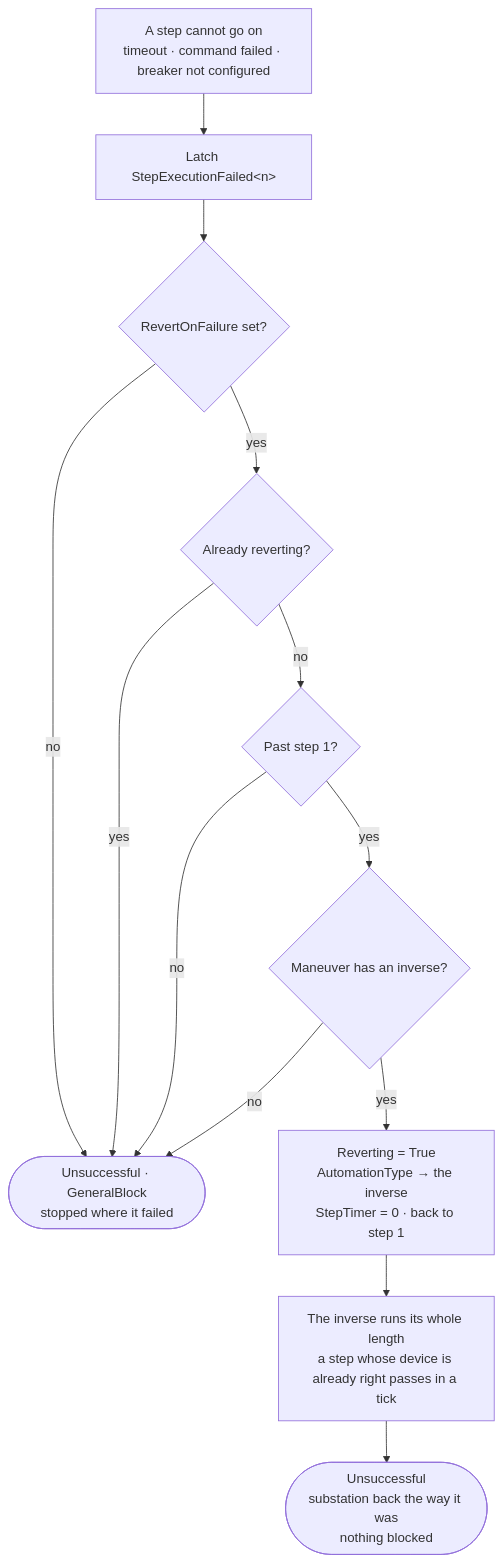
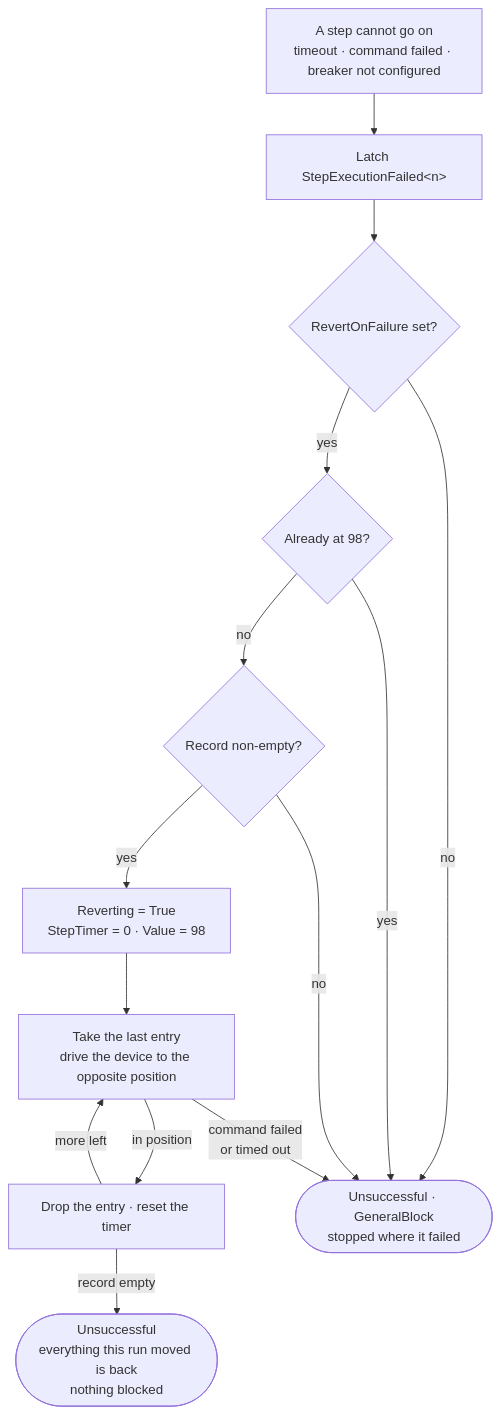
Diagram 13 of 13 in docs/maneuver_flows.md (leandro-automa/edp-sp-xatm), drawn with Mermaid before and after one commit. The commit also changed other lines of this file and 4 other files, not shown here.

````diff
--- a/docs/maneuver_flows.md
+++ b/docs/maneuver_flows.md
@@ -611,24 +626,26 @@
 ```mermaid
 flowchart TD
     FAIL["A step cannot go on<br/>timeout · command failed · breaker not configured"]
     LATCH["Latch StepExecutionFailed&lt;n&gt;"]
     G1{"RevertOnFailure set?"}
-    G2{"Already reverting?"}
-    G3{"Past step 1?"}
-    G4{"Maneuver has an inverse?"}
+    G2{"Already at 98?"}
+    G3{"Record non-empty?"}
 
-    REV["Reverting = True<br/>AutomationType → the inverse<br/>StepTimer = 0 · back to step 1"]
-    RUN["The inverse runs its whole length<br/>a step whose device is already right passes in a tick"]
-    OK(["Unsuccessful<br/>substation back the way it was<br/>nothing blocked"])
+    REV["Reverting = True<br/>StepTimer = 0 · Value = 98"]
+    POP["Take the last entry<br/>drive the device to the opposite position"]
+    DROP["Drop the entry · reset the timer"]
+    OK(["Unsuccessful<br/>everything this run moved is back<br/>nothing blocked"])
     LOCK(["Unsuccessful · GeneralBlock<br/>stopped where it failed"])
 
     FAIL --> LATCH --> G1
     G1 -- no --> LOCK
     G1 -- yes --> G2
     G2 -- yes --> LOCK
     G2 -- no --> G3
     G3 -- no --> LOCK
-    G3 -- yes --> G4
-    G4 -- no --> LOCK
-    G4 -- yes --> REV --> RUN --> OK
+    G3 -- yes --> REV --> POP
+    POP -->|"in position"| DROP
+    POP -->|"command failed<br/>or timed out"| LOCK
+    DROP -->|"more left"| POP
+    DROP -->|"record empty"| OK
 ```
````
